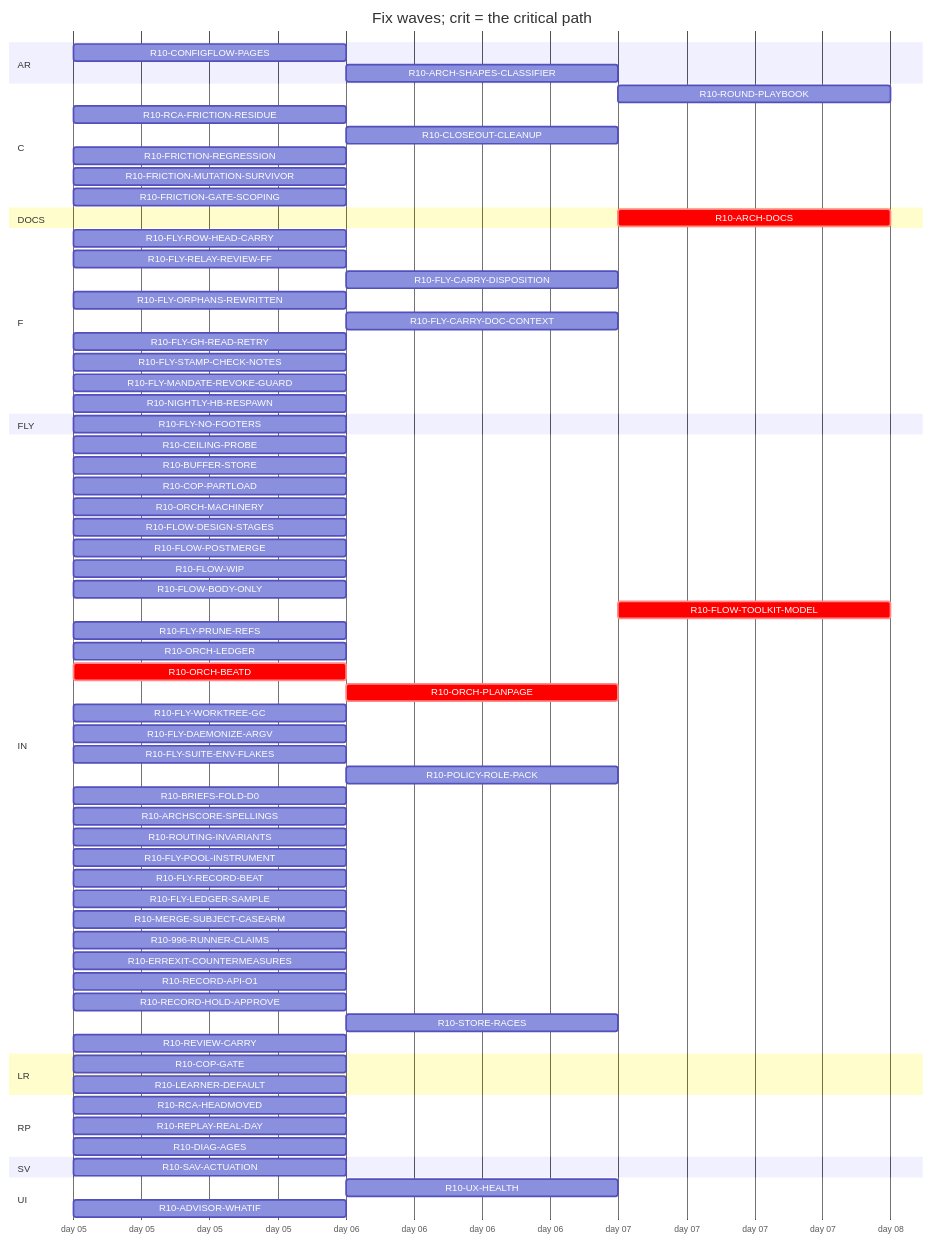
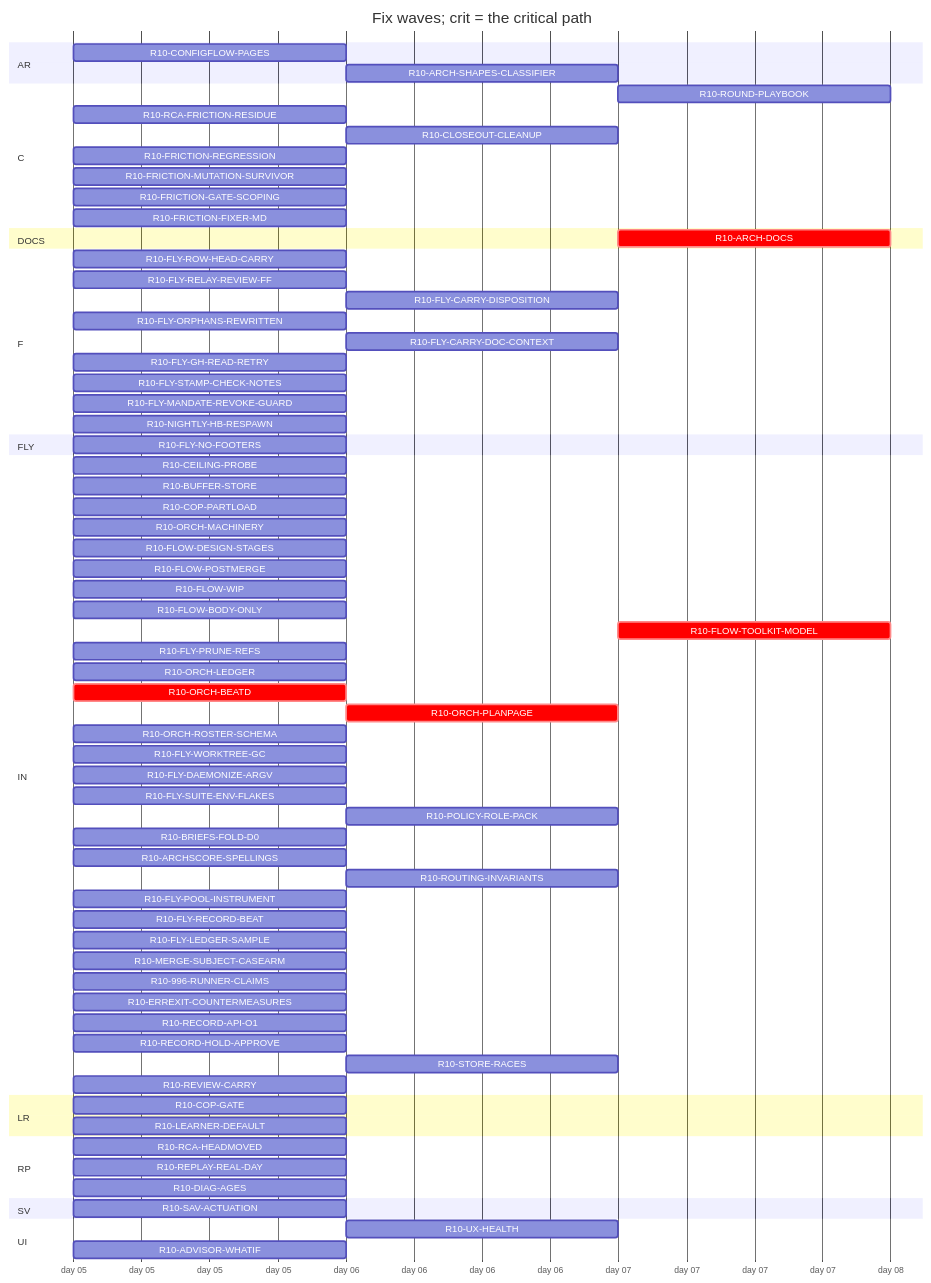
Before and after one commit to tvofi/heatpump_optimizer: the diagram in handoff/round10/state/PLAN-TABLE.md, drawn with Mermaid. The commit also changed other lines of this file and 3 other files, not shown here.

Commit message:
state: FLOW-BOARD.md, NEXT-SESSION-PROMPT.md, PLAN-TABLE.md, RESUME-CURRENT.md regenerated (state_docs.py)

````diff
--- a/handoff/round10/state/PLAN-TABLE.md
+++ b/handoff/round10/state/PLAN-TABLE.md
@@ -23,73 +23,75 @@
 ```mermaid
 gantt
   title Fix waves; crit = the critical path
   dateFormat YYYY-MM-DD
   axisFormat day %d
   section AR
     R10-CONFIGFLOW-PAGES :r10CONFIGFLOWPAGES, 2026-01-05, 1d
     R10-ARCH-SHAPES-CLASSIFIER :r10ARCHSHAPESCLASSIFIER, after r10996RUNNERCLAIMS, 1d
   section C
     R10-ROUND-PLAYBOOK :r10ROUNDPLAYBOOK, after r10ORCHLEDGER r10ORCHBEATD r10ORCHPLANPAGE r10FLYRELAYREVIEWFF r10FLOWBODYONLY, 1d
     R10-RCA-FRICTION-RESIDUE :r10RCAFRICTIONRESIDUE, 2026-01-05, 1d
     R10-CLOSEOUT-CLEANUP :r10CLOSEOUTCLEANUP, after r10FLYPRUNEREFS r10FLYWORKTREEGC, 1d
     R10-FRICTION-REGRESSION :r10FRICTIONREGRESSION, 2026-01-05, 1d
     R10-FRICTION-MUTATION-SURVIVOR :r10FRICTIONMUTATIONSURVIVOR, 2026-01-05, 1d
     R10-FRICTION-GATE-SCOPING :r10FRICTIONGATESCOPING, 2026-01-05, 1d
+    R10-FRICTION-FIXER-MD :r10FRICTIONFIXERMD, 2026-01-05, 1d
   section DOCS
-    R10-ARCH-DOCS :crit, r10ARCHDOCS, after r10COPGATE r10UXHEALTH r10CONFIGFLOWPAGES r10RCAHEADMOVED r10CEILINGPROBE r10BUFFERSTORE r10COPPARTLOAD r10LEARNERDEFAULT r10FLOWDESIGNSTAGES r10FLOWPOSTMERGE r10FLOWWIP r10FLOWBODYONLY r10FLYROWHEADCARRY r10FLYRELAYREVIEWFF r10FLYCARRYDISPOSITION r10FLYORPHANSREWRITTEN r10FLYCARRYDOCCONTEXT r10FLOWTOOLKITMODEL r10FLYSTAMPCHECKNOTES r10FLYMANDATEREVOKEGUARD r10RCAFRICTIONRESIDUE r10NIGHTLYHBRESPAWN r10FLYPRUNEREFS r10ORCHLEDGER r10ORCHBEATD r10ORCHPLANPAGE r10FLYWORKTREEGC r10FLYDAEMONIZEARGV r10POLICYROLEPACK r10BRIEFSFOLDD0 r10REPLAYREALDAY r10ARCHSCORESPELLINGS r10SAVACTUATION r10FLYLEDGERSAMPLE, 1d
+    R10-ARCH-DOCS :crit, r10ARCHDOCS, after r10COPGATE r10UXHEALTH r10CONFIGFLOWPAGES r10RCAHEADMOVED r10CEILINGPROBE r10BUFFERSTORE r10COPPARTLOAD r10LEARNERDEFAULT r10FLOWDESIGNSTAGES r10FLOWPOSTMERGE r10FLOWWIP r10FLOWBODYONLY r10FLYROWHEADCARRY r10FLYRELAYREVIEWFF r10FLYCARRYDISPOSITION r10FLYORPHANSREWRITTEN r10FLYCARRYDOCCONTEXT r10FLOWTOOLKITMODEL r10FLYSTAMPCHECKNOTES r10FLYMANDATEREVOKEGUARD r10RCAFRICTIONRESIDUE r10NIGHTLYHBRESPAWN r10FLYPRUNEREFS r10ORCHLEDGER r10ORCHBEATD r10ORCHPLANPAGE r10ORCHROSTERSCHEMA r10FLYWORKTREEGC r10FLYDAEMONIZEARGV r10POLICYROLEPACK r10BRIEFSFOLDD0 r10REPLAYREALDAY r10ARCHSCORESPELLINGS r10SAVACTUATION r10FLYLEDGERSAMPLE, 1d
   section F
     R10-FLY-ROW-HEAD-CARRY :r10FLYROWHEADCARRY, 2026-01-05, 1d
     R10-FLY-RELAY-REVIEW-FF :r10FLYRELAYREVIEWFF, 2026-01-05, 1d
     R10-FLY-CARRY-DISPOSITION :r10FLYCARRYDISPOSITION, after r10FLYORPHANSREWRITTEN, 1d
     R10-FLY-ORPHANS-REWRITTEN :r10FLYORPHANSREWRITTEN, 2026-01-05, 1d
     R10-FLY-CARRY-DOC-CONTEXT :r10FLYCARRYDOCCONTEXT, after r10FLYGHREADRETRY, 1d
     R10-FLY-GH-READ-RETRY :r10FLYGHREADRETRY, 2026-01-05, 1d
     R10-FLY-STAMP-CHECK-NOTES :r10FLYSTAMPCHECKNOTES, 2026-01-05, 1d
     R10-FLY-MANDATE-REVOKE-GUARD :r10FLYMANDATEREVOKEGUARD, 2026-01-05, 1d
     R10-NIGHTLY-HB-RESPAWN :r10NIGHTLYHBRESPAWN, 2026-01-05, 1d
   section FLY
     R10-FLY-NO-FOOTERS :r10FLYNOFOOTERS, 2026-01-05, 1d
   section IN
     R10-CEILING-PROBE :r10CEILINGPROBE, 2026-01-05, 1d
     R10-BUFFER-STORE :r10BUFFERSTORE, 2026-01-05, 1d
     R10-COP-PARTLOAD :r10COPPARTLOAD, 2026-01-05, 1d
     R10-ORCH-MACHINERY :r10ORCHMACHINERY, 2026-01-05, 1d
     R10-FLOW-DESIGN-STAGES :r10FLOWDESIGNSTAGES, 2026-01-05, 1d
     R10-FLOW-POSTMERGE :r10FLOWPOSTMERGE, 2026-01-05, 1d
     R10-FLOW-WIP :r10FLOWWIP, 2026-01-05, 1d
     R10-FLOW-BODY-ONLY :r10FLOWBODYONLY, 2026-01-05, 1d
     R10-FLOW-TOOLKIT-MODEL :crit, r10FLOWTOOLKITMODEL, after r10ORCHPLANPAGE, 1d
     R10-FLY-PRUNE-REFS :r10FLYPRUNEREFS, 2026-01-05, 1d
     R10-ORCH-LEDGER :r10ORCHLEDGER, 2026-01-05, 1d
     R10-ORCH-BEATD :crit, r10ORCHBEATD, 2026-01-05, 1d
     R10-ORCH-PLANPAGE :crit, r10ORCHPLANPAGE, after r10ORCHBEATD, 1d
+    R10-ORCH-ROSTER-SCHEMA :r10ORCHROSTERSCHEMA, 2026-01-05, 1d
     R10-FLY-WORKTREE-GC :r10FLYWORKTREEGC, 2026-01-05, 1d
     R10-FLY-DAEMONIZE-ARGV :r10FLYDAEMONIZEARGV, 2026-01-05, 1d
     R10-FLY-SUITE-ENV-FLAKES :r10FLYSUITEENVFLAKES, 2026-01-05, 1d
     R10-POLICY-ROLE-PACK :r10POLICYROLEPACK, after r10FLOWDESIGNSTAGES, 1d
     R10-BRIEFS-FOLD-D0 :r10BRIEFSFOLDD0, 2026-01-05, 1d
     R10-ARCHSCORE-SPELLINGS :r10ARCHSCORESPELLINGS, 2026-01-05, 1d
-    R10-ROUTING-INVARIANTS :r10ROUTINGINVARIANTS, 2026-01-05, 1d
+    R10-ROUTING-INVARIANTS :r10ROUTINGINVARIANTS, after r10ORCHROSTERSCHEMA, 1d
     R10-FLY-POOL-INSTRUMENT :r10FLYPOOLINSTRUMENT, 2026-01-05, 1d
     R10-FLY-RECORD-BEAT :r10FLYRECORDBEAT, 2026-01-05, 1d
     R10-FLY-LEDGER-SAMPLE :r10FLYLEDGERSAMPLE, 2026-01-05, 1d
     R10-MERGE-SUBJECT-CASEARM :r10MERGESUBJECTCASEARM, 2026-01-05, 1d
     R10-996-RUNNER-CLAIMS :r10996RUNNERCLAIMS, 2026-01-05, 1d
     R10-ERREXIT-COUNTERMEASURES :r10ERREXITCOUNTERMEASURES, 2026-01-05, 1d
     R10-RECORD-API-O1 :r10RECORDAPIO1, 2026-01-05, 1d
     R10-RECORD-HOLD-APPROVE :r10RECORDHOLDAPPROVE, 2026-01-05, 1d
     R10-STORE-RACES :r10STORERACES, after r10BUFFERSTORE, 1d
     R10-REVIEW-CARRY :r10REVIEWCARRY, 2026-01-05, 1d
   section LR
     R10-COP-GATE :r10COPGATE, 2026-01-05, 1d
     R10-LEARNER-DEFAULT :r10LEARNERDEFAULT, 2026-01-05, 1d
   section RP
     R10-RCA-HEADMOVED :r10RCAHEADMOVED, 2026-01-05, 1d
     R10-REPLAY-REAL-DAY :r10REPLAYREALDAY, 2026-01-05, 1d
     R10-DIAG-AGES :r10DIAGAGES, 2026-01-05, 1d
   section SV
     R10-SAV-ACTUATION :r10SAVACTUATION, 2026-01-05, 1d
   section UI
     R10-UX-HEALTH :r10UXHEALTH, after r10COPGATE, 1d
     R10-ADVISOR-WHATIF :r10ADVISORWHATIF, 2026-01-05, 1d
 ```
````
